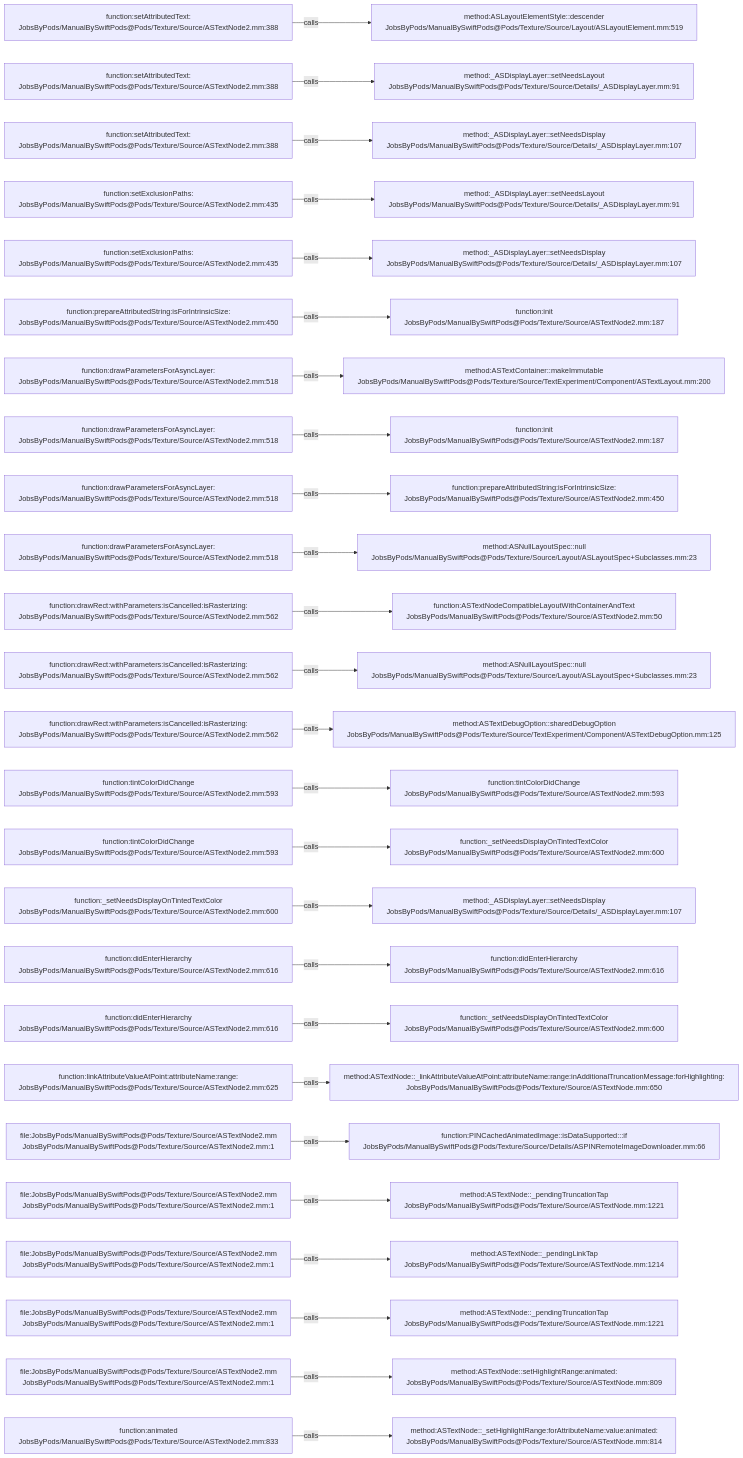
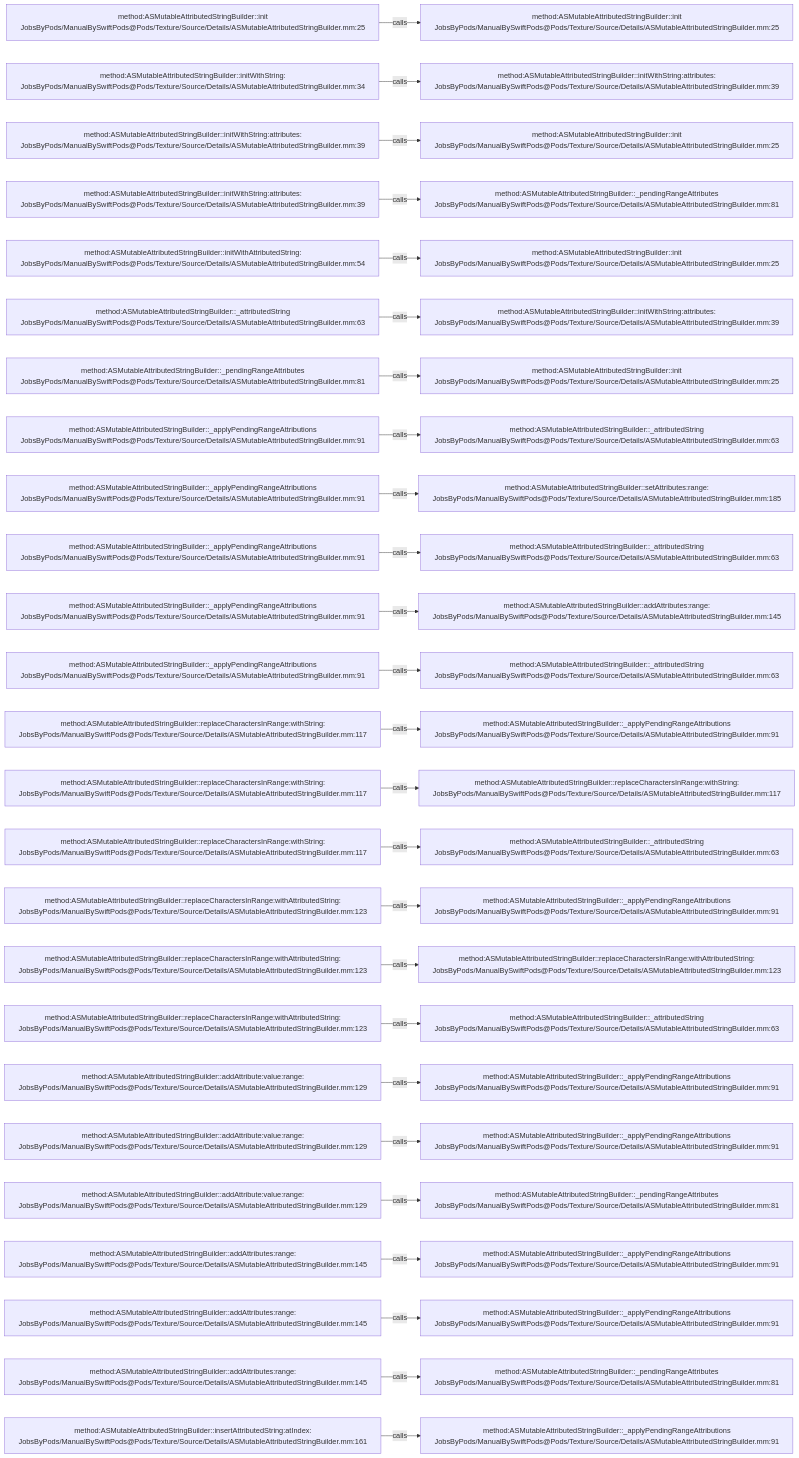
One commit to JobsKits/JobsSwiftBaseConfigDemo changed the diagram in .codegraph/codegraph.md/graphs/calls-090.md. Above: the diagram before and after it, drawn with Mermaid. The commit also changed 832 other files, not shown here.

````diff
--- a/.codegraph/codegraph.md/graphs/calls-090.md
+++ b/.codegraph/codegraph.md/graphs/calls-090.md
@@ -13,78 +13,78 @@
 ```mermaid
 flowchart LR
-  S1["function:setAttributedText:<br/>JobsByPods/ManualBySwiftPods@Pods/Texture/Source/ASTextNode2.mm:388"]
-  T1["method:ASLayoutElementStyle::descender<br/>JobsByPods/ManualBySwiftPods@Pods/Texture/Source/Layout/ASLayoutElement.mm:519"]
+  S1["method:ASMutableAttributedStringBuilder::init<br/>JobsByPods/ManualBySwiftPods@Pods/Texture/Source/Details/ASMutableAttributedStringBuilder.mm:25"]
+  T1["method:ASMutableAttributedStringBuilder::init<br/>JobsByPods/ManualBySwiftPods@Pods/Texture/Source/Details/ASMutableAttributedStringBuilder.mm:25"]
   S1 -->|calls| T1
-  S2["function:setAttributedText:<br/>JobsByPods/ManualBySwiftPods@Pods/Texture/Source/ASTextNode2.mm:388"]
-  T2["method:_ASDisplayLayer::setNeedsLayout<br/>JobsByPods/ManualBySwiftPods@Pods/Texture/Source/Details/_ASDisplayLayer.mm:91"]
+  S2["method:ASMutableAttributedStringBuilder::initWithString:<br/>JobsByPods/ManualBySwiftPods@Pods/Texture/Source/Details/ASMutableAttributedStringBuilder.mm:34"]
+  T2["method:ASMutableAttributedStringBuilder::initWithString:attributes:<br/>JobsByPods/ManualBySwiftPods@Pods/Texture/Source/Details/ASMutableAttributedStringBuilder.mm:39"]
   S2 -->|calls| T2
-  S3["function:setAttributedText:<br/>JobsByPods/ManualBySwiftPods@Pods/Texture/Source/ASTextNode2.mm:388"]
-  T3["method:_ASDisplayLayer::setNeedsDisplay<br/>JobsByPods/ManualBySwiftPods@Pods/Texture/Source/Details/_ASDisplayLayer.mm:107"]
+  S3["method:ASMutableAttributedStringBuilder::initWithString:attributes:<br/>JobsByPods/ManualBySwiftPods@Pods/Texture/Source/Details/ASMutableAttributedStringBuilder.mm:39"]
+  T3["method:ASMutableAttributedStringBuilder::init<br/>JobsByPods/ManualBySwiftPods@Pods/Texture/Source/Details/ASMutableAttributedStringBuilder.mm:25"]
   S3 -->|calls| T3
-  S4["function:setExclusionPaths:<br/>JobsByPods/ManualBySwiftPods@Pods/Texture/Source/ASTextNode2.mm:435"]
-  T4["method:_ASDisplayLayer::setNeedsLayout<br/>JobsByPods/ManualBySwiftPods@Pods/Texture/Source/Details/_ASDisplayLayer.mm:91"]
+  S4["method:ASMutableAttributedStringBuilder::initWithString:attributes:<br/>JobsByPods/ManualBySwiftPods@Pods/Texture/Source/Details/ASMutableAttributedStringBuilder.mm:39"]
+  T4["method:ASMutableAttributedStringBuilder::_pendingRangeAttributes<br/>JobsByPods/ManualBySwiftPods@Pods/Texture/Source/Details/ASMutableAttributedStringBuilder.mm:81"]
   S4 -->|calls| T4
-  S5["function:setExclusionPaths:<br/>JobsByPods/ManualBySwiftPods@Pods/Texture/Source/ASTextNode2.mm:435"]
-  T5["method:_ASDisplayLayer::setNeedsDisplay<br/>JobsByPods/ManualBySwiftPods@Pods/Texture/Source/Details/_ASDisplayLayer.mm:107"]
+  S5["method:ASMutableAttributedStringBuilder::initWithAttributedString:<br/>JobsByPods/ManualBySwiftPods@Pods/Texture/Source/Details/ASMutableAttributedStringBuilder.mm:54"]
+  T5["method:ASMutableAttributedStringBuilder::init<br/>JobsByPods/ManualBySwiftPods@Pods/Texture/Source/Details/ASMutableAttributedStringBuilder.mm:25"]
   S5 -->|calls| T5
-  S6["function:prepareAttributedString:isForIntrinsicSize:<br/>JobsByPods/ManualBySwiftPods@Pods/Texture/Source/ASTextNode2.mm:450"]
-  T6["function:init<br/>JobsByPods/ManualBySwiftPods@Pods/Texture/Source/ASTextNode2.mm:187"]
+  S6["method:ASMutableAttributedStringBuilder::_attributedString<br/>JobsByPods/ManualBySwiftPods@Pods/Texture/Source/Details/ASMutableAttributedStringBuilder.mm:63"]
+  T6["method:ASMutableAttributedStringBuilder::initWithString:attributes:<br/>JobsByPods/ManualBySwiftPods@Pods/Texture/Source/Details/ASMutableAttributedStringBuilder.mm:39"]
   S6 -->|calls| T6
-  S7["function:drawParametersForAsyncLayer:<br/>JobsByPods/ManualBySwiftPods@Pods/Texture/Source/ASTextNode2.mm:518"]
-  T7["method:ASTextContainer::makeImmutable<br/>JobsByPods/ManualBySwiftPods@Pods/Texture/Source/TextExperiment/Component/ASTextLayout.mm:200"]
+  S7["method:ASMutableAttributedStringBuilder::_pendingRangeAttributes<br/>JobsByPods/ManualBySwiftPods@Pods/Texture/Source/Details/ASMutableAttributedStringBuilder.mm:81"]
+  T7["method:ASMutableAttributedStringBuilder::init<br/>JobsByPods/ManualBySwiftPods@Pods/Texture/Source/Details/ASMutableAttributedStringBuilder.mm:25"]
   S7 -->|calls| T7
-  S8["function:drawParametersForAsyncLayer:<br/>JobsByPods/ManualBySwiftPods@Pods/Texture/Source/ASTextNode2.mm:518"]
-  T8["function:init<br/>JobsByPods/ManualBySwiftPods@Pods/Texture/Source/ASTextNode2.mm:187"]
+  S8["method:ASMutableAttributedStringBuilder::_applyPendingRangeAttributions<br/>JobsByPods/ManualBySwiftPods@Pods/Texture/Source/Details/ASMutableAttributedStringBuilder.mm:91"]
+  T8["method:ASMutableAttributedStringBuilder::_attributedString<br/>JobsByPods/ManualBySwiftPods@Pods/Texture/Source/Details/ASMutableAttributedStringBuilder.mm:63"]
   S8 -->|calls| T8
-  S9["function:drawParametersForAsyncLayer:<br/>JobsByPods/ManualBySwiftPods@Pods/Texture/Source/ASTextNode2.mm:518"]
-  T9["function:prepareAttributedString:isForIntrinsicSize:<br/>JobsByPods/ManualBySwiftPods@Pods/Texture/Source/ASTextNode2.mm:450"]
+  S9["method:ASMutableAttributedStringBuilder::_applyPendingRangeAttributions<br/>JobsByPods/ManualBySwiftPods@Pods/Texture/Source/Details/ASMutableAttributedStringBuilder.mm:91"]
+  T9["method:ASMutableAttributedStringBuilder::setAttributes:range:<br/>JobsByPods/ManualBySwiftPods@Pods/Texture/Source/Details/ASMutableAttributedStringBuilder.mm:185"]
   S9 -->|calls| T9
-  S10["function:drawParametersForAsyncLayer:<br/>JobsByPods/ManualBySwiftPods@Pods/Texture/Source/ASTextNode2.mm:518"]
-  T10["method:ASNullLayoutSpec::null<br/>JobsByPods/ManualBySwiftPods@Pods/Texture/Source/Layout/ASLayoutSpec+Subclasses.mm:23"]
+  S10["method:ASMutableAttributedStringBuilder::_applyPendingRangeAttributions<br/>JobsByPods/ManualBySwiftPods@Pods/Texture/Source/Details/ASMutableAttributedStringBuilder.mm:91"]
+  T10["method:ASMutableAttributedStringBuilder::_attributedString<br/>JobsByPods/ManualBySwiftPods@Pods/Texture/Source/Details/ASMutableAttributedStringBuilder.mm:63"]
   S10 -->|calls| T10
-  S11["function:drawRect:withParameters:isCancelled:isRasterizing:<br/>JobsByPods/ManualBySwiftPods@Pods/Texture/Source/ASTextNode2.mm:562"]
-  T11["function:ASTextNodeCompatibleLayoutWithContainerAndText<br/>JobsByPods/ManualBySwiftPods@Pods/Texture/Source/ASTextNode2.mm:50"]
+  S11["method:ASMutableAttributedStringBuilder::_applyPendingRangeAttributions<br/>JobsByPods/ManualBySwiftPods@Pods/Texture/Source/Details/ASMutableAttributedStringBuilder.mm:91"]
+  T11["method:ASMutableAttributedStringBuilder::addAttributes:range:<br/>JobsByPods/ManualBySwiftPods@Pods/Texture/Source/Details/ASMutableAttributedStringBuilder.mm:145"]
   S11 -->|calls| T11
-  S12["function:drawRect:withParameters:isCancelled:isRasterizing:<br/>JobsByPods/ManualBySwiftPods@Pods/Texture/Source/ASTextNode2.mm:562"]
-  T12["method:ASNullLayoutSpec::null<br/>JobsByPods/ManualBySwiftPods@Pods/Texture/Source/Layout/ASLayoutSpec+Subclasses.mm:23"]
+  S12["method:ASMutableAttributedStringBuilder::_applyPendingRangeAttributions<br/>JobsByPods/ManualBySwiftPods@Pods/Texture/Source/Details/ASMutableAttributedStringBuilder.mm:91"]
+  T12["method:ASMutableAttributedStringBuilder::_attributedString<br/>JobsByPods/ManualBySwiftPods@Pods/Texture/Source/Details/ASMutableAttributedStringBuilder.mm:63"]
   S12 -->|calls| T12
-  S13["function:drawRect:withParameters:isCancelled:isRasterizing:<br/>JobsByPods/ManualBySwiftPods@Pods/Texture/Source/ASTextNode2.mm:562"]
-  T13["method:ASTextDebugOption::sharedDebugOption<br/>JobsByPods/ManualBySwiftPods@Pods/Texture/Source/TextExperiment/Component/ASTextDebugOption.mm:125"]
+  S13["method:ASMutableAttributedStringBuilder::replaceCharactersInRange:withString:<br/>JobsByPods/ManualBySwiftPods@Pods/Texture/Source/Details/ASMutableAttributedStringBuilder.mm:117"]
+  T13["method:ASMutableAttributedStringBuilder::_applyPendingRangeAttributions<br/>JobsByPods/ManualBySwiftPods@Pods/Texture/Source/Details/ASMutableAttributedStringBuilder.mm:91"]
   S13 -->|calls| T13
-  S14["function:tintColorDidChange<br/>JobsByPods/ManualBySwiftPods@Pods/Texture/Source/ASTextNode2.mm:593"]
-  T14["function:tintColorDidChange<br/>JobsByPods/ManualBySwiftPods@Pods/Texture/Source/ASTextNode2.mm:593"]
+  S14["method:ASMutableAttributedStringBuilder::replaceCharactersInRange:withString:<br/>JobsByPods/ManualBySwiftPods@Pods/Texture/Source/Details/ASMutableAttributedStringBuilder.mm:117"]
+  T14["method:ASMutableAttributedStringBuilder::replaceCharactersInRange:withString:<br/>JobsByPods/ManualBySwiftPods@Pods/Texture/Source/Details/ASMutableAttributedStringBuilder.mm:117"]
   S14 -->|calls| T14
-  S15["function:tintColorDidChange<br/>JobsByPods/ManualBySwiftPods@Pods/Texture/Source/ASTextNode2.mm:593"]
-  T15["function:_setNeedsDisplayOnTintedTextColor<br/>JobsByPods/ManualBySwiftPods@Pods/Texture/Source/ASTextNode2.mm:600"]
+  S15["method:ASMutableAttributedStringBuilder::replaceCharactersInRange:withString:<br/>JobsByPods/ManualBySwiftPods@Pods/Texture/Source/Details/ASMutableAttributedStringBuilder.mm:117"]
+  T15["method:ASMutableAttributedStringBuilder::_attributedString<br/>JobsByPods/ManualBySwiftPods@Pods/Texture/Source/Details/ASMutableAttributedStringBuilder.mm:63"]
   S15 -->|calls| T15
-  S16["function:_setNeedsDisplayOnTintedTextColor<br/>JobsByPods/ManualBySwiftPods@Pods/Texture/Source/ASTextNode2.mm:600"]
-  T16["method:_ASDisplayLayer::setNeedsDisplay<br/>JobsByPods/ManualBySwiftPods@Pods/Texture/Source/Details/_ASDisplayLayer.mm:107"]
+  S16["method:ASMutableAttributedStringBuilder::replaceCharactersInRange:withAttributedString:<br/>JobsByPods/ManualBySwiftPods@Pods/Texture/Source/Details/ASMutableAttributedStringBuilder.mm:123"]
+  T16["method:ASMutableAttributedStringBuilder::_applyPendingRangeAttributions<br/>JobsByPods/ManualBySwiftPods@Pods/Texture/Source/Details/ASMutableAttributedStringBuilder.mm:91"]
   S16 -->|calls| T16
-  S17["function:didEnterHierarchy<br/>JobsByPods/ManualBySwiftPods@Pods/Texture/Source/ASTextNode2.mm:616"]
-  T17["function:didEnterHierarchy<br/>JobsByPods/ManualBySwiftPods@Pods/Texture/Source/ASTextNode2.mm:616"]
+  S17["method:ASMutableAttributedStringBuilder::replaceCharactersInRange:withAttributedString:<br/>JobsByPods/ManualBySwiftPods@Pods/Texture/Source/Details/ASMutableAttributedStringBuilder.mm:123"]
+  T17["method:ASMutableAttributedStringBuilder::replaceCharactersInRange:withAttributedString:<br/>JobsByPods/ManualBySwiftPods@Pods/Texture/Source/Details/ASMutableAttributedStringBuilder.mm:123"]
   S17 -->|calls| T17
-  S18["function:didEnterHierarchy<br/>JobsByPods/ManualBySwiftPods@Pods/Texture/Source/ASTextNode2.mm:616"]
-  T18["function:_setNeedsDisplayOnTintedTextColor<br/>JobsByPods/ManualBySwiftPods@Pods/Texture/Source/ASTextNode2.mm:600"]
+  S18["method:ASMutableAttributedStringBuilder::replaceCharactersInRange:withAttributedString:<br/>JobsByPods/ManualBySwiftPods@Pods/Texture/Source/Details/ASMutableAttributedStringBuilder.mm:123"]
+  T18["method:ASMutableAttributedStringBuilder::_attributedString<br/>JobsByPods/ManualBySwiftPods@Pods/Texture/Source/Details/ASMutableAttributedStringBuilder.mm:63"]
   S18 -->|calls| T18
-  S19["function:linkAttributeValueAtPoint:attributeName:range:<br/>JobsByPods/ManualBySwiftPods@Pods/Texture/Source/ASTextNode2.mm:625"]
-  T19["method:ASTextNode::_linkAttributeValueAtPoint:attributeName:range:inAdditionalTruncationMessage:forHighlighting:<br/>JobsByPods/ManualBySwiftPods@Pods/Texture/Source/ASTextNode.mm:650"]
+  S19["method:ASMutableAttributedStringBuilder::addAttribute:value:range:<br/>JobsByPods/ManualBySwiftPods@Pods/Texture/Source/Details/ASMutableAttributedStringBuilder.mm:129"]
+  T19["method:ASMutableAttributedStringBuilder::_applyPendingRangeAttributions<br/>JobsByPods/ManualBySwiftPods@Pods/Texture/Source/Details/ASMutableAttributedStringBuilder.mm:91"]
   S19 -->|calls| T19
-  S20["file:JobsByPods/ManualBySwiftPods@Pods/Texture/Source/ASTextNode2.mm<br/>JobsByPods/ManualBySwiftPods@Pods/Texture/Source/ASTextNode2.mm:1"]
-  T20["function:PINCachedAnimatedImage::isDataSupported:::if<br/>JobsByPods/ManualBySwiftPods@Pods/Texture/Source/Details/ASPINRemoteImageDownloader.mm:66"]
+  S20["method:ASMutableAttributedStringBuilder::addAttribute:value:range:<br/>JobsByPods/ManualBySwiftPods@Pods/Texture/Source/Details/ASMutableAttributedStringBuilder.mm:129"]
+  T20["method:ASMutableAttributedStringBuilder::_applyPendingRangeAttributions<br/>JobsByPods/ManualBySwiftPods@Pods/Texture/Source/Details/ASMutableAttributedStringBuilder.mm:91"]
   S20 -->|calls| T20
-  S21["file:JobsByPods/ManualBySwiftPods@Pods/Texture/Source/ASTextNode2.mm<br/>JobsByPods/ManualBySwiftPods@Pods/Texture/Source/ASTextNode2.mm:1"]
-  T21["method:ASTextNode::_pendingTruncationTap<br/>JobsByPods/ManualBySwiftPods@Pods/Texture/Source/ASTextNode.mm:1221"]
+  S21["method:ASMutableAttributedStringBuilder::addAttribute:value:range:<br/>JobsByPods/ManualBySwiftPods@Pods/Texture/Source/Details/ASMutableAttributedStringBuilder.mm:129"]
+  T21["method:ASMutableAttributedStringBuilder::_pendingRangeAttributes<br/>JobsByPods/ManualBySwiftPods@Pods/Texture/Source/Details/ASMutableAttributedStringBuilder.mm:81"]
   S21 -->|calls| T21
-  S22["file:JobsByPods/ManualBySwiftPods@Pods/Texture/Source/ASTextNode2.mm<br/>JobsByPods/ManualBySwiftPods@Pods/Texture/Source/ASTextNode2.mm:1"]
-  T22["method:ASTextNode::_pendingLinkTap<br/>JobsByPods/ManualBySwiftPods@Pods/Texture/Source/ASTextNode.mm:1214"]
+  S22["method:ASMutableAttributedStringBuilder::addAttributes:range:<br/>JobsByPods/ManualBySwiftPods@Pods/Texture/Source/Details/ASMutableAttributedStringBuilder.mm:145"]
+  T22["method:ASMutableAttributedStringBuilder::_applyPendingRangeAttributions<br/>JobsByPods/ManualBySwiftPods@Pods/Texture/Source/Details/ASMutableAttributedStringBuilder.mm:91"]
   S22 -->|calls| T22
-  S23["file:JobsByPods/ManualBySwiftPods@Pods/Texture/Source/ASTextNode2.mm<br/>JobsByPods/ManualBySwiftPods@Pods/Texture/Source/ASTextNode2.mm:1"]
-  T23["method:ASTextNode::_pendingTruncationTap<br/>JobsByPods/ManualBySwiftPods@Pods/Texture/Source/ASTextNode.mm:1221"]
+  S23["method:ASMutableAttributedStringBuilder::addAttributes:range:<br/>JobsByPods/ManualBySwiftPods@Pods/Texture/Source/Details/ASMutableAttributedStringBuilder.mm:145"]
+  T23["method:ASMutableAttributedStringBuilder::_applyPendingRangeAttributions<br/>JobsByPods/ManualBySwiftPods@Pods/Texture/Source/Details/ASMutableAttributedStringBuilder.mm:91"]
   S23 -->|calls| T23
-  S24["file:JobsByPods/ManualBySwiftPods@Pods/Texture/Source/ASTextNode2.mm<br/>JobsByPods/ManualBySwiftPods@Pods/Texture/Source/ASTextNode2.mm:1"]
-  T24["method:ASTextNode::setHighlightRange:animated:<br/>JobsByPods/ManualBySwiftPods@Pods/Texture/Source/ASTextNode.mm:809"]
+  S24["method:ASMutableAttributedStringBuilder::addAttributes:range:<br/>JobsByPods/ManualBySwiftPods@Pods/Texture/Source/Details/ASMutableAttributedStringBuilder.mm:145"]
+  T24["method:ASMutableAttributedStringBuilder::_pendingRangeAttributes<br/>JobsByPods/ManualBySwiftPods@Pods/Texture/Source/Details/ASMutableAttributedStringBuilder.mm:81"]
   S24 -->|calls| T24
-  S25["function:animated<br/>JobsByPods/ManualBySwiftPods@Pods/Texture/Source/ASTextNode2.mm:833"]
-  T25["method:ASTextNode::_setHighlightRange:forAttributeName:value:animated:<br/>JobsByPods/ManualBySwiftPods@Pods/Texture/Source/ASTextNode.mm:814"]
+  S25["method:ASMutableAttributedStringBuilder::insertAttributedString:atIndex:<br/>JobsByPods/ManualBySwiftPods@Pods/Texture/Source/Details/ASMutableAttributedStringBuilder.mm:161"]
+  T25["method:ASMutableAttributedStringBuilder::_applyPendingRangeAttributions<br/>JobsByPods/ManualBySwiftPods@Pods/Texture/Source/Details/ASMutableAttributedStringBuilder.mm:91"]
   S25 -->|calls| T25
 ```
````
